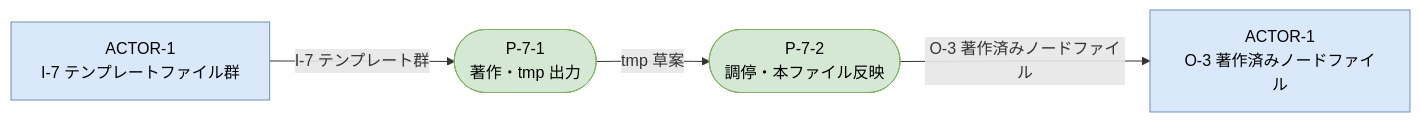
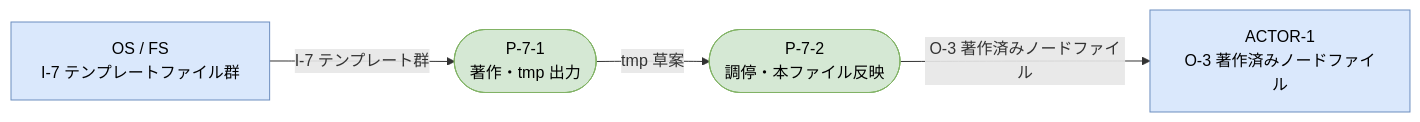
The fifth of 5 diagrams in doc-system/03-analysis/00-dfd.md (hiratashinnya/review-system), drawn with Mermaid before and after one commit. The commit also changed other lines of this file, not shown here.

````diff
--- a/doc-system/03-analysis/00-dfd.md
+++ b/doc-system/03-analysis/00-dfd.md
@@ -169,18 +169,18 @@
 ```mermaid
 flowchart LR
   classDef l1ext fill:#dae8fc,stroke:#6c8ebf,color:#000
   classDef proc  fill:#d5e8d4,stroke:#82b366,color:#000
 
   %% L1 境界
-  LA1in["ACTOR-1\nI-7 テンプレートファイル群"]:::l1ext
+  LFS["OS / FS\nI-7 テンプレートファイル群"]:::l1ext
   LA1out["ACTOR-1\nO-3 著作済みノードファイル"]:::l1ext
 
   %% P-7 の子プロセス
   P71(["P-7-1\n著作・tmp 出力"]):::proc
   P72(["P-7-2\n調停・本ファイル反映"]):::proc
 
   %% データフロー
-  LA1in  -->|"I-7 テンプレート群"| P71
+  LFS    -->|"I-7 テンプレート群"| P71
   P71    -->|"tmp 草案"| P72
   P72    -->|"O-3 著作済みノードファイル"| LA1out
 ```
````
